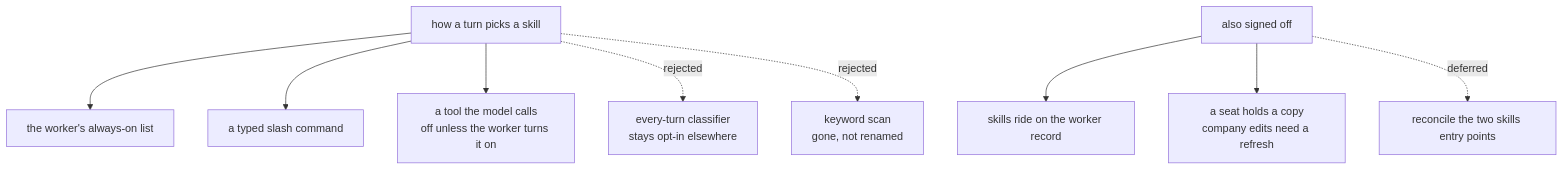
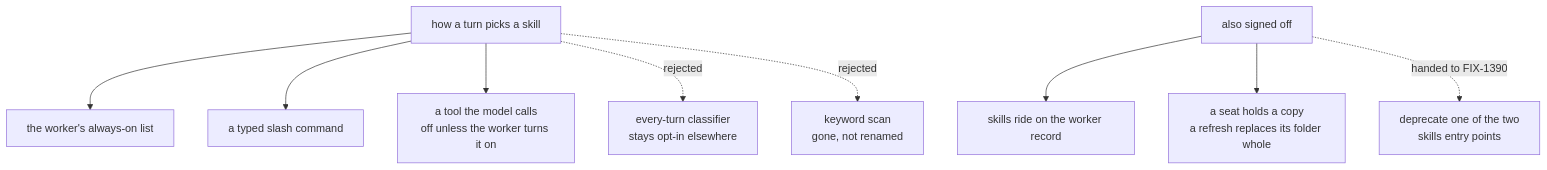
The third of 3 diagrams in spec/FIX-1362.explainer.md (fixpoint-labs/flow-state-dev), drawn with Mermaid before and after one commit. The commit also changed 1 other file, not shown here.

First paragraph of the commit message:
spec(FIX-1362): fold spec-review round 1
Re-draft: <1.3x growth, no bolted-on reconciliation section.

````diff
--- a/spec/FIX-1362.explainer.md
+++ b/spec/FIX-1362.explainer.md
@@ -34,11 +34,11 @@
 ```mermaid
 flowchart TD
   Q["how a turn picks a skill"] --> A["the worker's always-on list"]
   Q --> B["a typed slash command"]
   Q --> T["a tool the model calls<br/>off unless the worker turns it on"]
   Q -.->|rejected| X["every-turn classifier<br/>stays opt-in elsewhere"]
   Q -.->|rejected| Y["keyword scan<br/>gone, not renamed"]
   I["also signed off"] --> R["skills ride on the worker record"]
-  I --> W["a seat holds a copy<br/>company edits need a refresh"]
-  I -.->|deferred| F["reconcile the two skills entry points"]
+  I --> W["a seat holds a copy<br/>a refresh replaces its folder whole"]
+  I -.->|"handed to FIX-1390"| F["deprecate one of the two<br/>skills entry points"]
 ```
````
